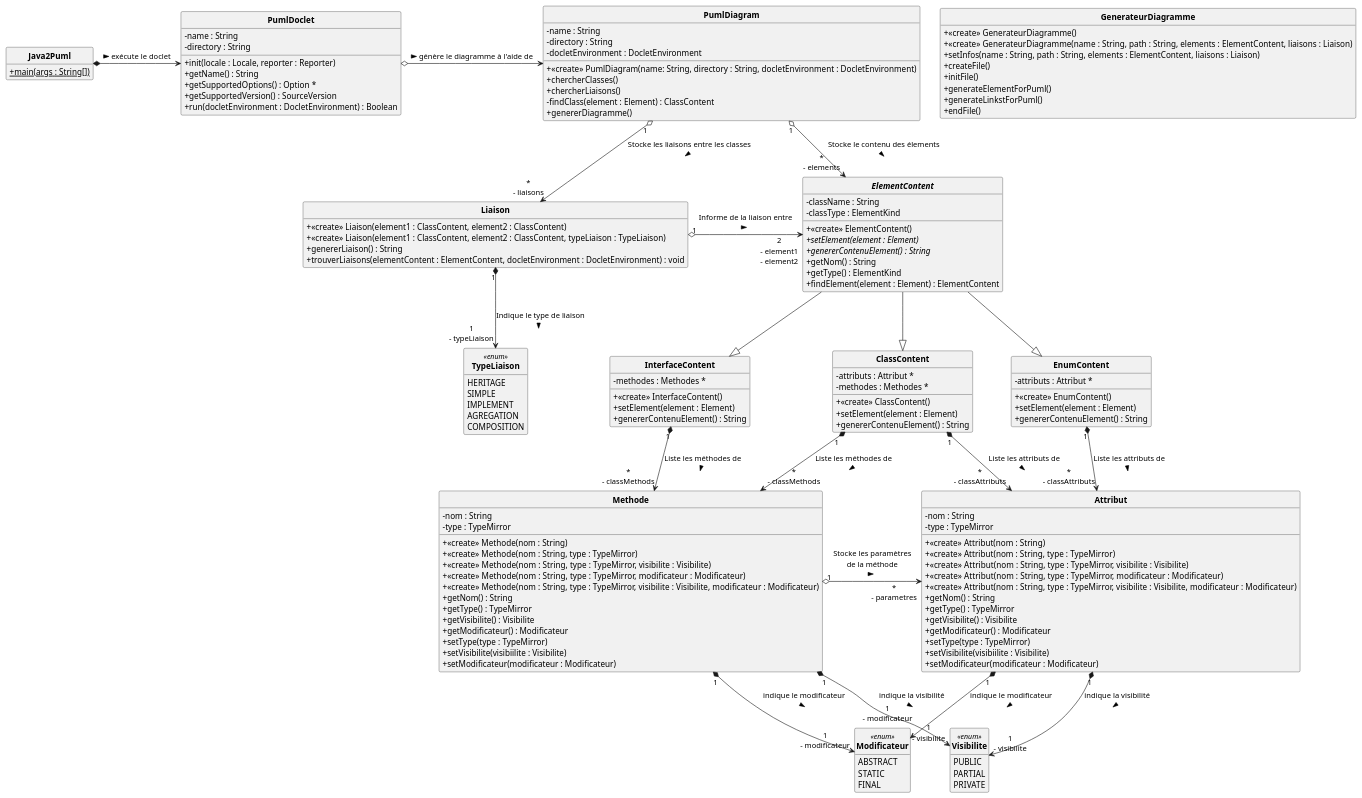
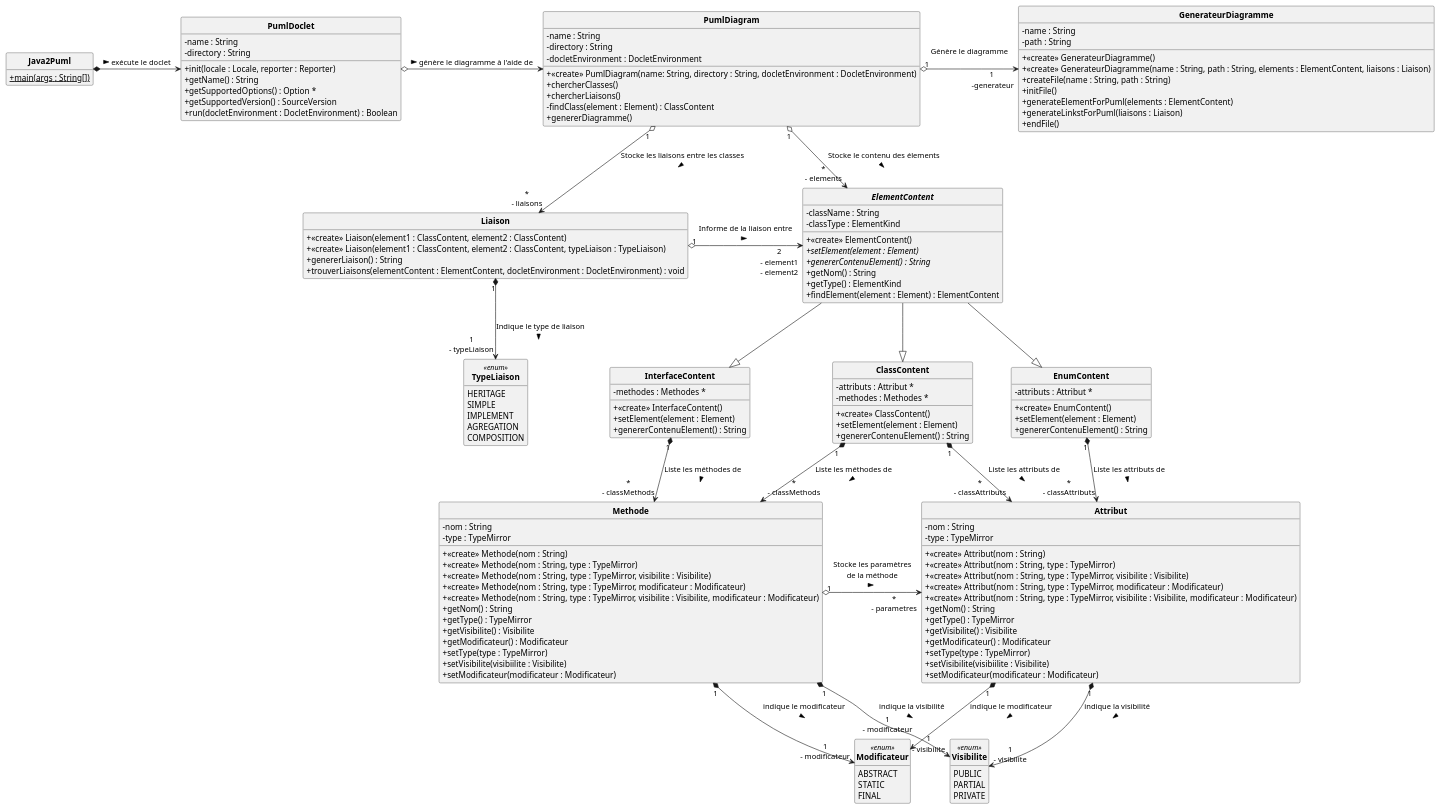
Before and after one commit to DimToups/Java-to-PUML-converter: the diagram in uml/pumlFromJavaDCC.puml, drawn with PlantUML.

Commit message:
[Semaine4] Modification du DCC pour la classe GenerateurDiagramme

```diff
--- a/uml/pumlFromJavaDCC.puml
+++ b/uml/pumlFromJavaDCC.puml
@@ -1,146 +1,148 @@
 @startuml
 'https://plantuml.com/class-diagram
 
 skinparam style strictuml
 skinparam classAttributeIconSize 0
 skinparam classFontStyle Bold
 
 hide empty members
 
 class Java2Puml{
     + main(args : String[]) {static}
 }
 class PumlDoclet{
     - name : String
     - directory : String
     + init(locale : Locale, reporter : Reporter)
     + getName() : String
     + getSupportedOptions() : Option *
     + getSupportedVersion() : SourceVersion
     + run(docletEnvironment : DocletEnvironment) : Boolean
 }
 class PumlDiagram{
     - name : String
     - directory : String
     - docletEnvironment : DocletEnvironment
     + <<create>> PumlDiagram(name: String, directory : String, docletEnvironment : DocletEnvironment)
     + chercherClasses()
     + chercherLiaisons()
     - findClass(element : Element) : ClassContent
     + genererDiagramme()
 }
 abstract class ElementContent{
     - className : String
     - classType : ElementKind
     + <<create>> ElementContent()
     + setElement(element : Element) {abstract}
     + genererContenuElement() : String {abstract}
     + getNom() : String
     + getType() : ElementKind
     + findElement(element : Element) : ElementContent
 }
 class EnumContent{
     - attributs : Attribut *
     + <<create>> EnumContent()
     + setElement(element : Element)
     + genererContenuElement() : String
 }
 class ClassContent{
     - attributs : Attribut *
     - methodes : Methodes *
     + <<create>> ClassContent()
     + setElement(element : Element)
     + genererContenuElement() : String
 }
 class InterfaceContent{
     - methodes : Methodes *
     + <<create>> InterfaceContent()
     + setElement(element : Element)
     + genererContenuElement() : String
 }
 class Attribut{
     - nom : String
     - type : TypeMirror
     + <<create>> Attribut(nom : String)
     + <<create>> Attribut(nom : String, type : TypeMirror)
     + <<create>> Attribut(nom : String, type : TypeMirror, visibilite : Visibilite)
     + <<create>> Attribut(nom : String, type : TypeMirror, modificateur : Modificateur)
     + <<create>> Attribut(nom : String, type : TypeMirror, visibilite : Visibilite, modificateur : Modificateur)
     + getNom() : String
     + getType() : TypeMirror
     + getVisibilite() : Visibilite
     + getModificateur() : Modificateur
     + setType(type : TypeMirror)
     + setVisibilite(visibiilite : Visibilite)
     + setModificateur(modificateur : Modificateur)
 }
 class Methode{
     - nom : String
         - type : TypeMirror
         + <<create>> Methode(nom : String)
         + <<create>> Methode(nom : String, type : TypeMirror)
         + <<create>> Methode(nom : String, type : TypeMirror, visibilite : Visibilite)
         + <<create>> Methode(nom : String, type : TypeMirror, modificateur : Modificateur)
         + <<create>> Methode(nom : String, type : TypeMirror, visibilite : Visibilite, modificateur : Modificateur)
         + getNom() : String
         + getType() : TypeMirror
         + getVisibilite() : Visibilite
         + getModificateur() : Modificateur
         + setType(type : TypeMirror)
         + setVisibilite(visibiilite : Visibilite)
         + setModificateur(modificateur : Modificateur)
 }
 enum Modificateur <<enum>>{
     ABSTRACT
     STATIC
     FINAL
 }
 class Liaison{
     + <<create>> Liaison(element1 : ClassContent, element2 : ClassContent)
     + <<create>> Liaison(element1 : ClassContent, element2 : ClassContent, typeLiaison : TypeLiaison)
     + genererLiaison() : String
     + trouverLiaisons(elementContent : ElementContent, docletEnvironment : DocletEnvironment) : void
 }
 enum TypeLiaison <<enum>>{
     HERITAGE
     SIMPLE
     IMPLEMENT
     AGREGATION
     COMPOSITION
 }
 enum Visibilite <<enum>>{
     PUBLIC
     PARTIAL
     PRIVATE
 }
 class GenerateurDiagramme{
+    - name : String
+    - path : String
     + <<create>> GenerateurDiagramme()
     + <<create>> GenerateurDiagramme(name : String, path : String, elements : ElementContent, liaisons : Liaison)
-    + setInfos(name : String, path : String, elements : ElementContent, liaisons : Liaison)
-    + createFile()
+    + createFile(name : String, path : String)
     + initFile()
-    + generateElementForPuml()
-    + generateLinkstForPuml()
+    + generateElementForPuml(elements : ElementContent)
+    + generateLinkstForPuml(liaisons : Liaison)
     + endFile()
 }
 
 Java2Puml *-> PumlDoclet : > exécute le doclet
 PumlDoclet o-> PumlDiagram : > génère le diagramme à l'aide de
+PumlDiagram "1" o-> "1\n -generateur" GenerateurDiagramme : Génère le diagramme\n
 PumlDiagram "1" o-> "*\n- elements" ElementContent : Stocke le contenu des élements\n >
 PumlDiagram "1" o--> "*\n- liaisons" Liaison : Stocke les liaisons entre les classes\n >
 ElementContent --|> ClassContent
 ElementContent --|> EnumContent
 ElementContent --|> InterfaceContent
 ClassContent "1" *--> "*\n- classAttributs" Attribut : Liste les attributs de\n >
 ClassContent "1" *--> "*\n- classMethods" Methode : Liste les méthodes de\n >
 EnumContent "1" *--> "*\n- classAttributs" Attribut : Liste les attributs de\n >
 InterfaceContent "1" *--> "*\n- classMethods" Methode : Liste les méthodes de\n >
 Attribut "1" *--> "1\n- visibilite" Visibilite : indique la visibilité\n >
 Methode "1" *--> "1\n- visibilite" Visibilite : indique la visibilité\n >
 Attribut "1" *--> "1\n- modificateur" Modificateur : indique le modificateur\n >
 Methode "1" *--> "1\n- modificateur" Modificateur : indique le modificateur\n >
 Methode "1" o-> "*\n- parametres" Attribut : Stocke les paramètres\nde la méthode\n >
 Liaison "1" o-> "2\n- element1\n- element2" ElementContent : Informe de la liaison entre\n >
 Liaison "1" *--> "1\n- typeLiaison" TypeLiaison : Indique le type de liaison\n >
 
 @enduml
```
